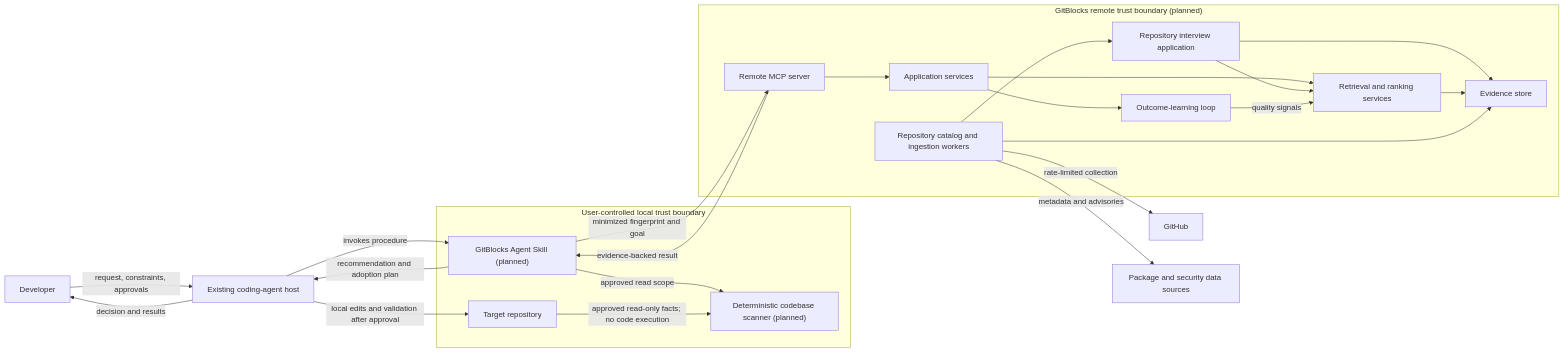
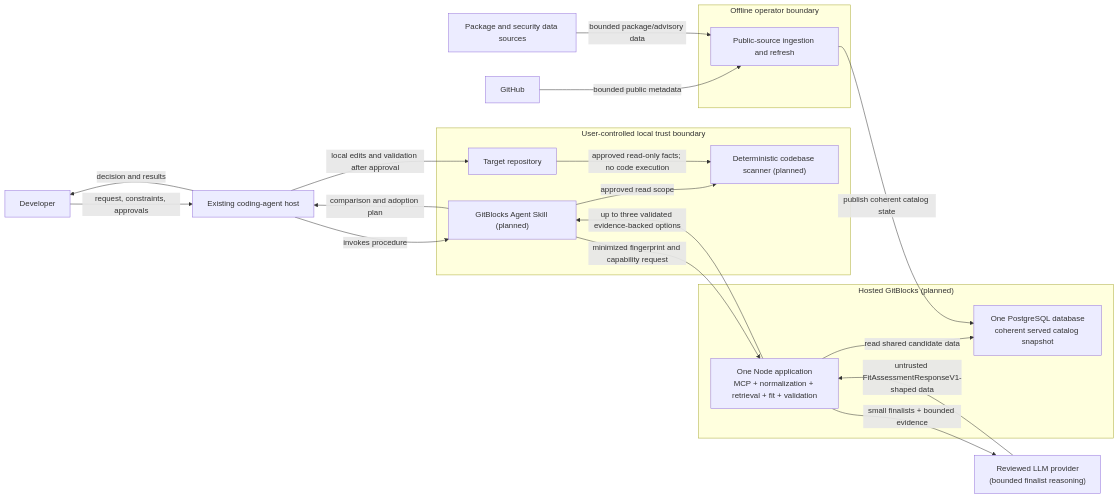
The first of 2 diagrams in docs/architecture/system-context.md (kgudipati/gitblocks), drawn with Mermaid before and after one commit. The commit also changed other lines of this file and 7 other files, not shown here.

First line of the commit message:
docs: lock product-first hosted private-alpha architecture (#35)

````diff
--- a/docs/architecture/system-context.md
+++ b/docs/architecture/system-context.md
@@ -169,44 +174,39 @@
 ```mermaid
 flowchart LR
     Developer["Developer"]
     Agent["Existing coding-agent host"]
     GitHub["GitHub"]
     Sources["Package and security data sources"]
+    Model["Reviewed LLM provider<br/>(bounded finalist reasoning)"]
 
     subgraph Local["User-controlled local trust boundary"]
         Skill["GitBlocks Agent Skill (planned)"]
         Scanner["Deterministic codebase scanner (planned)"]
         Repo["Target repository"]
     end
 
-    subgraph Remote["GitBlocks remote trust boundary (planned)"]
-        MCP["Remote MCP server"]
-        App["Application services"]
-        Ranking["Retrieval and ranking services"]
-        Interviews["Repository interview application"]
-        Catalog["Repository catalog and ingestion workers"]
-        Evidence["Evidence store"]
-        Outcomes["Outcome-learning loop"]
+    subgraph Hosted["Hosted GitBlocks (planned)"]
+        App["One Node application<br/>MCP + normalization + retrieval + fit + validation"]
+        Postgres["One PostgreSQL database<br/>coherent served catalog snapshot"]
+    end
+
+    subgraph Offline["Offline operator boundary"]
+        Ingestion["Public-source ingestion and refresh"]
     end
 
     Developer -->|"request, constraints, approvals"| Agent
     Agent -->|"invokes procedure"| Skill
     Skill -->|"approved read scope"| Scanner
     Repo -->|"approved read-only facts; no code execution"| Scanner
-    Skill -->|"minimized fingerprint and goal"| MCP
-    MCP --> App
-    App --> Ranking
-    Catalog --> Interviews
-    Interviews --> Evidence
-    Interviews --> Ranking
-    Ranking --> Evidence
-    Catalog --> Evidence
-    Catalog -->|"rate-limited collection"| GitHub
-    Catalog -->|"metadata and advisories"| Sources
-    App --> Outcomes
-    Outcomes -->|"quality signals"| Ranking
-    MCP -->|"evidence-backed result"| Skill
-    Skill -->|"recommendation and adoption plan"| Agent
+    Skill -->|"minimized fingerprint and capability request"| App
+    App -->|"read shared candidate data"| Postgres
+    App -->|"small finalists + bounded evidence"| Model
+    Model -->|"untrusted FitAssessmentResponseV1-shaped data"| App
+    App -->|"up to three validated evidence-backed options"| Skill
+    Skill -->|"comparison and adoption plan"| Agent
     Agent -->|"local edits and validation after approval"| Repo
     Agent -->|"decision and results"| Developer
+    GitHub -->|"bounded public metadata"| Ingestion
+    Sources -->|"bounded package/advisory data"| Ingestion
+    Ingestion -->|"publish coherent catalog state"| Postgres
 ```
````
